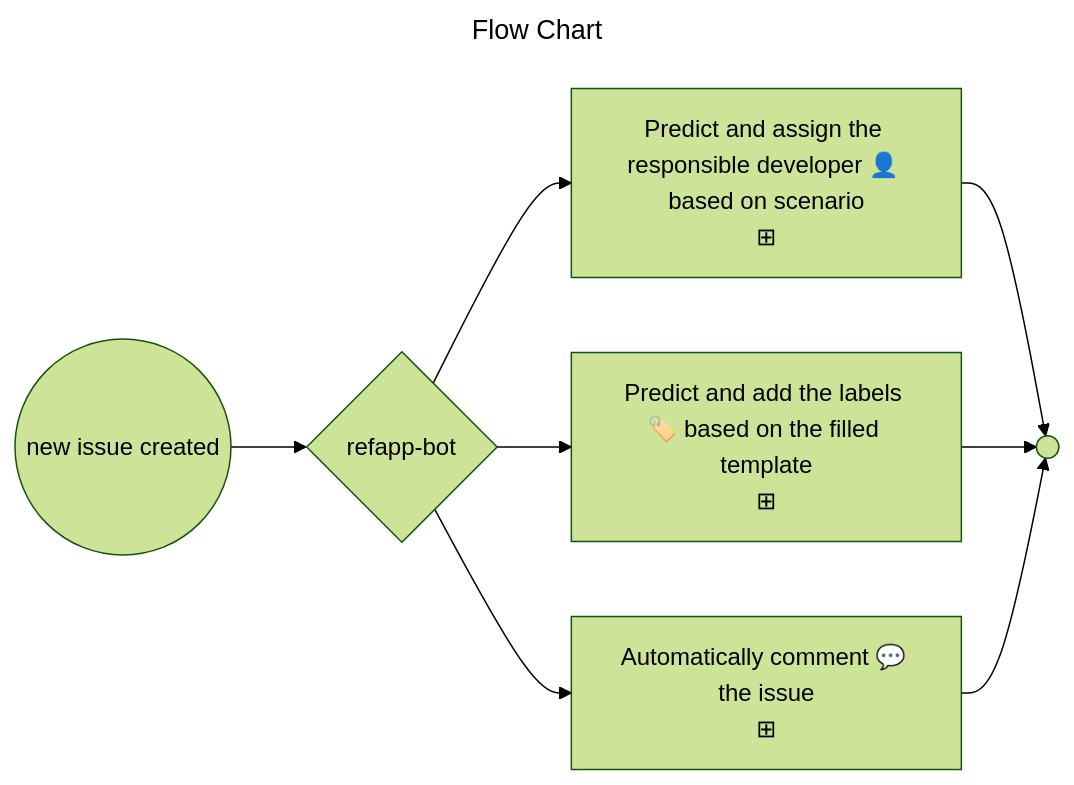
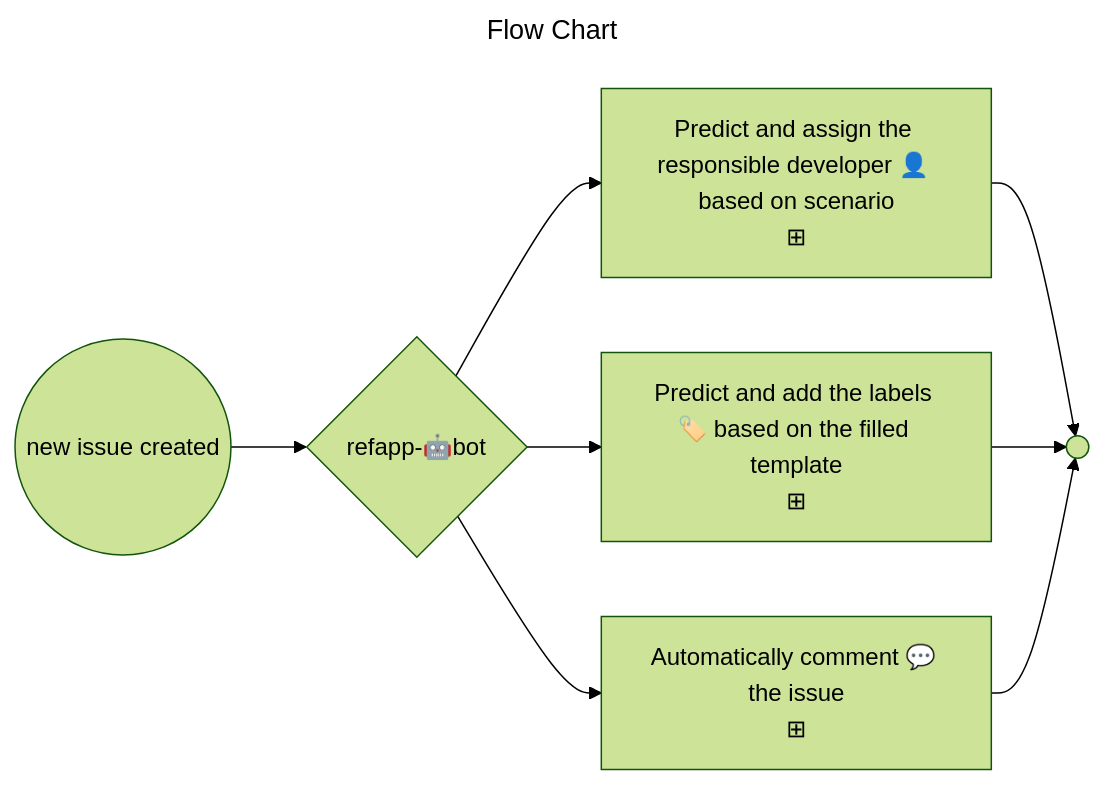
One commit to ejazsyed/validation-issue changed the diagram in README.md. Above: the diagram before and after it, drawn with Mermaid (forest theme).

Commit message:
issu-bot

````diff
--- a/README.md
+++ b/README.md
@@ -6,13 +6,13 @@
 ```mermaid
 ---
 title: Flow Chart
 ---
 flowchart LR
-    start((new issue created)) --> p1{refapp-bot}
+    start((new issue created)) --> p1{refapp-🤖bot}
     p1 --> assignee["Predict and assign the responsible developer 👤 based on scenario\n⊞"]
     p1 --> label["Predict and add the labels 🏷️ based on the filled template\n⊞"]
     p1 --> comment["Automatically comment 💬 the issue\n⊞"]
     assignee --> e1(( ))
     label --> e1
     comment --> e1
 ```
````
